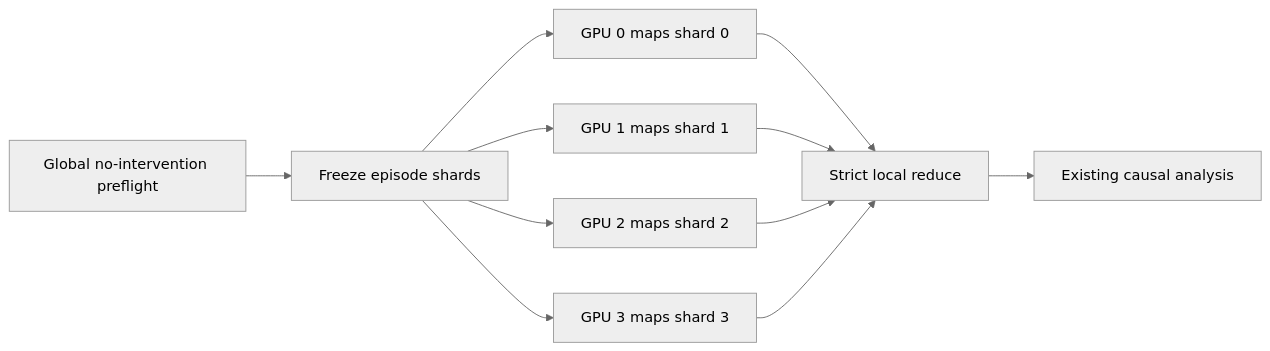
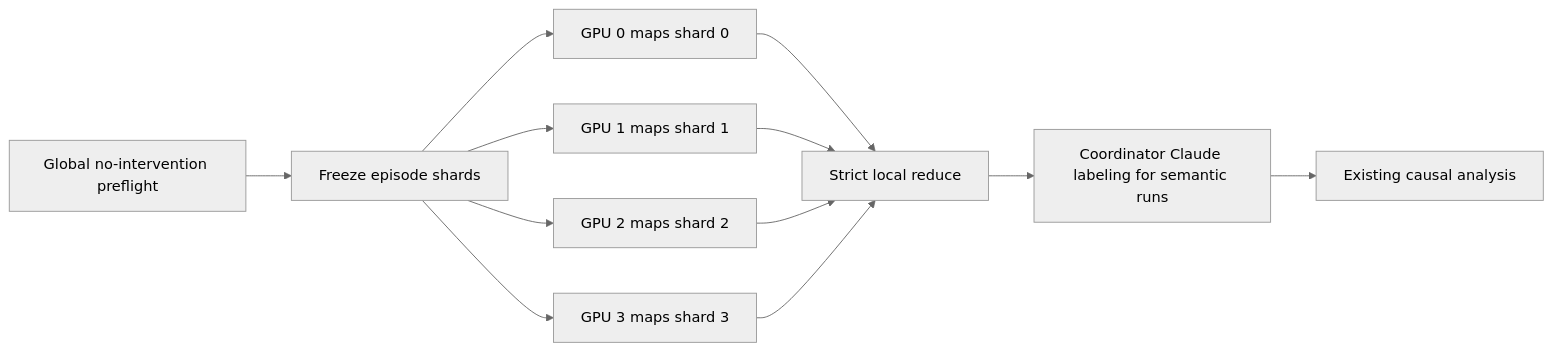
The diagram in docs/distributed_causal_replay.md (Jschechter18/fall-2026-group3), drawn with Mermaid (neutral theme) before and after one commit. The commit also changed other lines of this file and 33 other files, not shown here.

````diff
--- a/docs/distributed_causal_replay.md
+++ b/docs/distributed_causal_replay.md
@@ -8,13 +8,14 @@
 ```mermaid
 flowchart LR
     A[Global no-intervention preflight] --> B[Freeze episode shards]
     B --> C1[GPU 0 maps shard 0]
     B --> C2[GPU 1 maps shard 1]
     B --> C3[GPU 2 maps shard 2]
     B --> C4[GPU 3 maps shard 3]
     C1 --> D[Strict local reduce]
     C2 --> D
     C3 --> D
     C4 --> D
-    D --> E[Existing causal analysis]
+    D --> E[Coordinator Claude labeling for semantic runs]
+    E --> F[Existing causal analysis]
 ```
````
